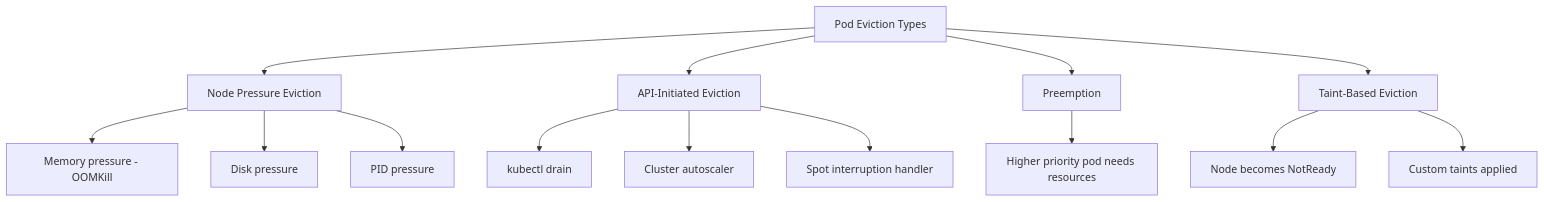
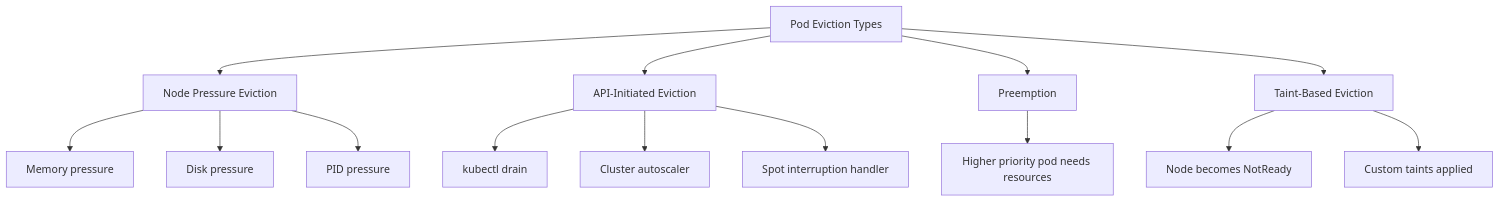
Before and after one commit to OneUptime/blog: the diagram in posts/2026-02-26-argocd-handle-pod-evictions/README.md, drawn with Mermaid. The commit also changed other lines of this file and 1 other file, not shown here.

````diff
--- a/posts/2026-02-26-argocd-handle-pod-evictions/README.md
+++ b/posts/2026-02-26-argocd-handle-pod-evictions/README.md
@@ -19,16 +19,16 @@
 ```mermaid
 flowchart TD
     A[Pod Eviction Types] --> B[Node Pressure Eviction]
     A --> C[API-Initiated Eviction]
     A --> D[Preemption]
     A --> E[Taint-Based Eviction]
-    B --> B1[Memory pressure - OOMKill]
+    B --> B1[Memory pressure]
     B --> B2[Disk pressure]
     B --> B3[PID pressure]
     C --> C1[kubectl drain]
     C --> C2[Cluster autoscaler]
     C --> C3[Spot interruption handler]
     D --> D1[Higher priority pod needs resources]
     E --> E1[Node becomes NotReady]
     E --> E2[Custom taints applied]
 ```
````
